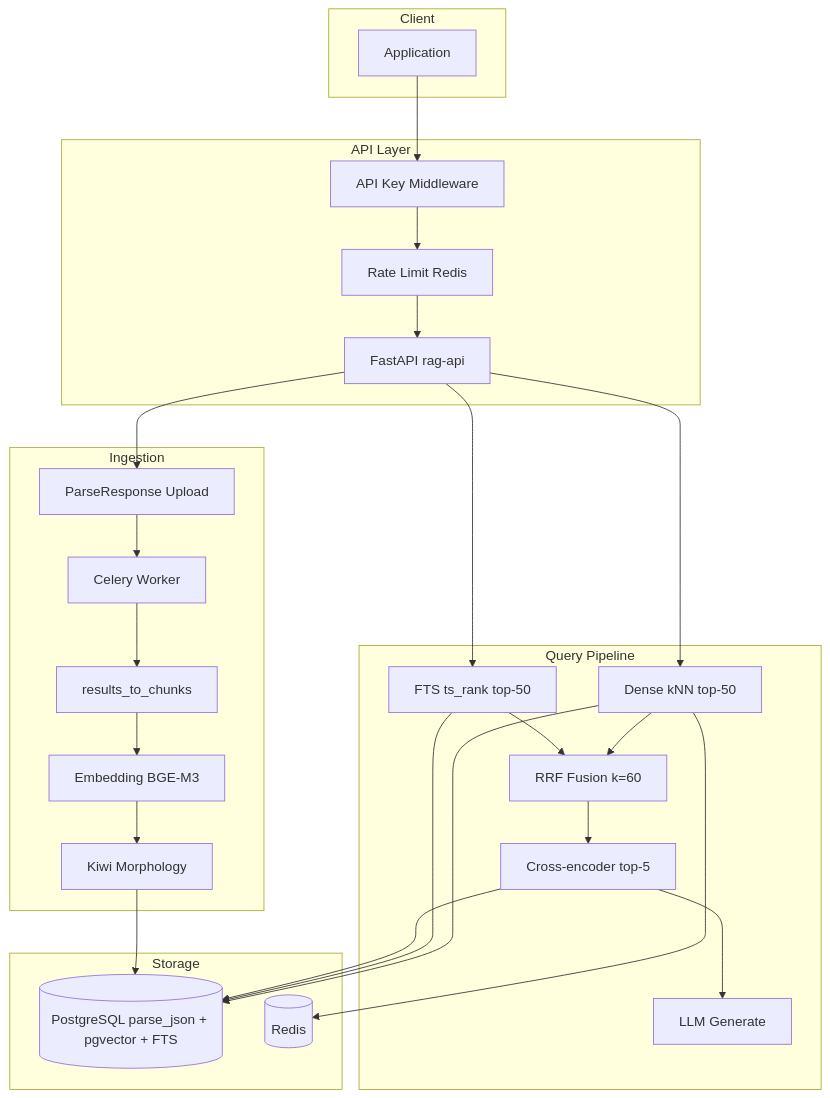
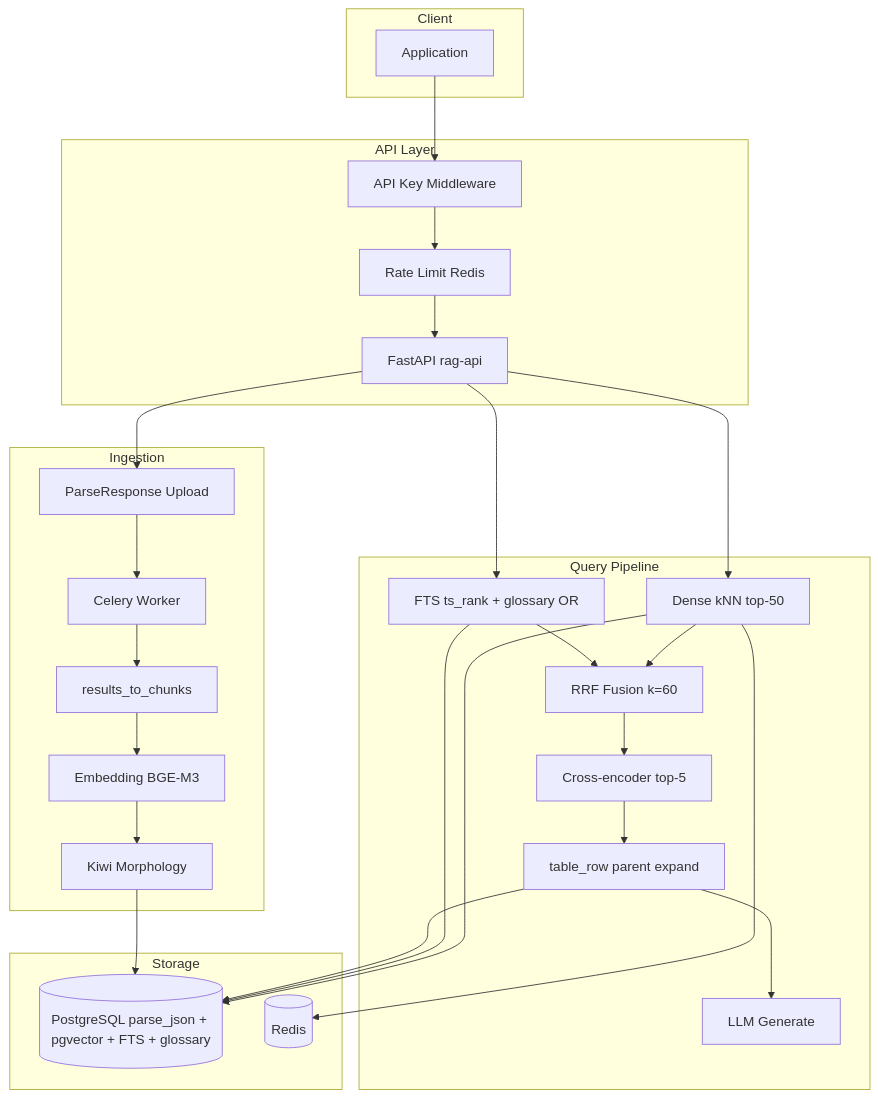
One commit to santarosalia/rag changed the first of 2 diagrams in doc/ARCHITECTURE.md. Above: the diagram before and after it, drawn with Mermaid. The commit also changed other lines of this file and 4 other files, not shown here.

````diff
--- a/doc/ARCHITECTURE.md
+++ b/doc/ARCHITECTURE.md
@@ -7,49 +9,50 @@
 ```mermaid
 flowchart TB
   subgraph client [Client]
     App[Application]
   end
 
   subgraph api_layer [API Layer]
     FastAPI[FastAPI rag-api]
     Auth[API Key Middleware]
     RateLimit[Rate Limit Redis]
   end
 
   subgraph ingest [Ingestion]
     Upload[ParseResponse Upload]
     Chunker[results_to_chunks]
     EmbedWorker[Embedding BGE-M3]
     MorphWorker[Kiwi Morphology]
     CeleryWorker[Celery Worker]
   end
 
   subgraph storage [Storage]
-    PG[(PostgreSQL parse_json + pgvector + FTS)]
+    PG[(PostgreSQL parse_json + pgvector + FTS + glossary)]
     Redis[(Redis)]
   end
 
   subgraph query [Query Pipeline]
     Dense[Dense kNN top-50]
-    Sparse[FTS ts_rank top-50]
+    Sparse[FTS ts_rank + glossary OR]
     RRF[RRF Fusion k=60]
     Rerank[Cross-encoder top-5]
+    Expand[table_row parent expand]
     LLM[LLM Generate]
   end
 
   App --> Auth --> RateLimit --> FastAPI
   FastAPI --> Upload
   Upload --> CeleryWorker
   CeleryWorker --> Chunker --> EmbedWorker
   EmbedWorker --> MorphWorker --> PG
 
   FastAPI --> Dense
   FastAPI --> Sparse
   Dense --> PG
   Sparse --> PG
   Dense --> RRF
   Sparse --> RRF
-  RRF --> Rerank --> LLM
-  Rerank --> PG
+  RRF --> Rerank --> Expand --> LLM
+  Expand --> PG
   Dense --> Redis
 ```
````
